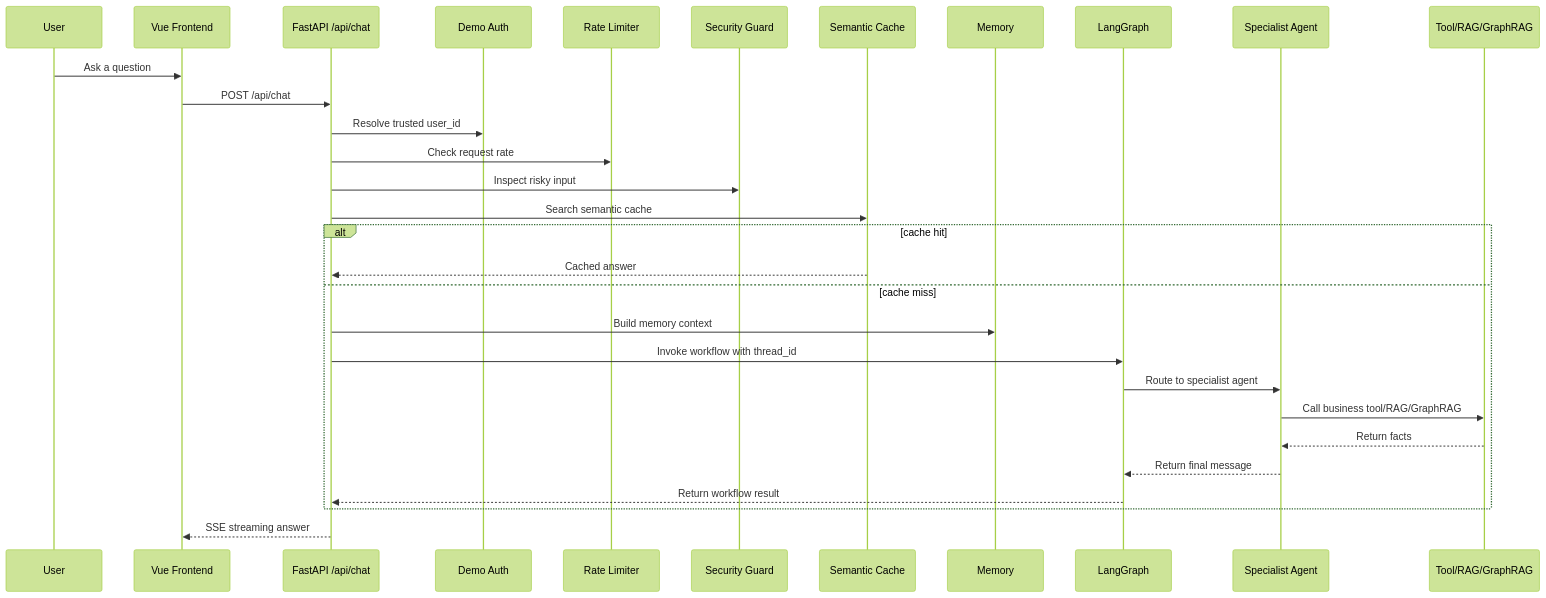
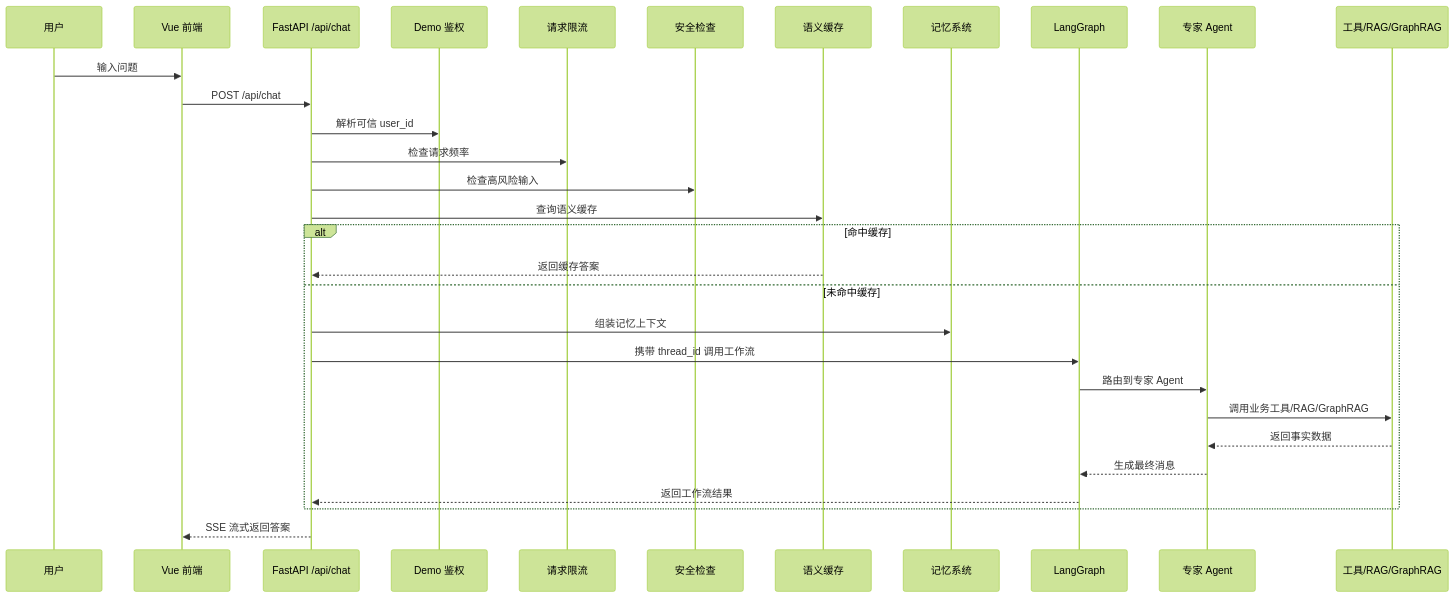
One commit to zihang3417-sys/cloudagent changed the diagram in docs/career_pack/enterprise_teaching_guide.md. Above: the diagram before and after it, drawn with Mermaid (forest theme). The commit also changed other lines of this file and 5 other files, not shown here.

````diff
--- a/docs/career_pack/enterprise_teaching_guide.md
+++ b/docs/career_pack/enterprise_teaching_guide.md
@@ -42,33 +50,33 @@
 ```mermaid
 sequenceDiagram
-    participant User as User
-    participant FE as Vue Frontend
+    participant User as 用户
+    participant FE as Vue 前端
     participant API as FastAPI /api/chat
-    participant Auth as Demo Auth
-    participant Limit as Rate Limiter
-    participant Guard as Security Guard
-    participant Cache as Semantic Cache
-    participant Memory as Memory
+    participant Auth as Demo 鉴权
+    participant Limit as 请求限流
+    participant Guard as 安全检查
+    participant Cache as 语义缓存
+    participant Memory as 记忆系统
     participant Graph as LangGraph
-    participant Agent as Specialist Agent
-    participant Tool as Tool/RAG/GraphRAG
+    participant Agent as 专家 Agent
+    participant Tool as 工具/RAG/GraphRAG
 
-    User->>FE: Ask a question
+    User->>FE: 输入问题
     FE->>API: POST /api/chat
-    API->>Auth: Resolve trusted user_id
-    API->>Limit: Check request rate
-    API->>Guard: Inspect risky input
-    API->>Cache: Search semantic cache
-    alt cache hit
-        Cache-->>API: Cached answer
-    else cache miss
-        API->>Memory: Build memory context
-        API->>Graph: Invoke workflow with thread_id
-        Graph->>Agent: Route to specialist agent
-        Agent->>Tool: Call business tool/RAG/GraphRAG
-        Tool-->>Agent: Return facts
-        Agent-->>Graph: Return final message
-        Graph-->>API: Return workflow result
+    API->>Auth: 解析可信 user_id
+    API->>Limit: 检查请求频率
+    API->>Guard: 检查高风险输入
+    API->>Cache: 查询语义缓存
+    alt 命中缓存
+        Cache-->>API: 返回缓存答案
+    else 未命中缓存
+        API->>Memory: 组装记忆上下文
+        API->>Graph: 携带 thread_id 调用工作流
+        Graph->>Agent: 路由到专家 Agent
+        Agent->>Tool: 调用业务工具/RAG/GraphRAG
+        Tool-->>Agent: 返回事实数据
+        Agent-->>Graph: 生成最终消息
+        Graph-->>API: 返回工作流结果
     end
-    API-->>FE: SSE streaming answer
+    API-->>FE: SSE 流式返回答案
 ```
````
